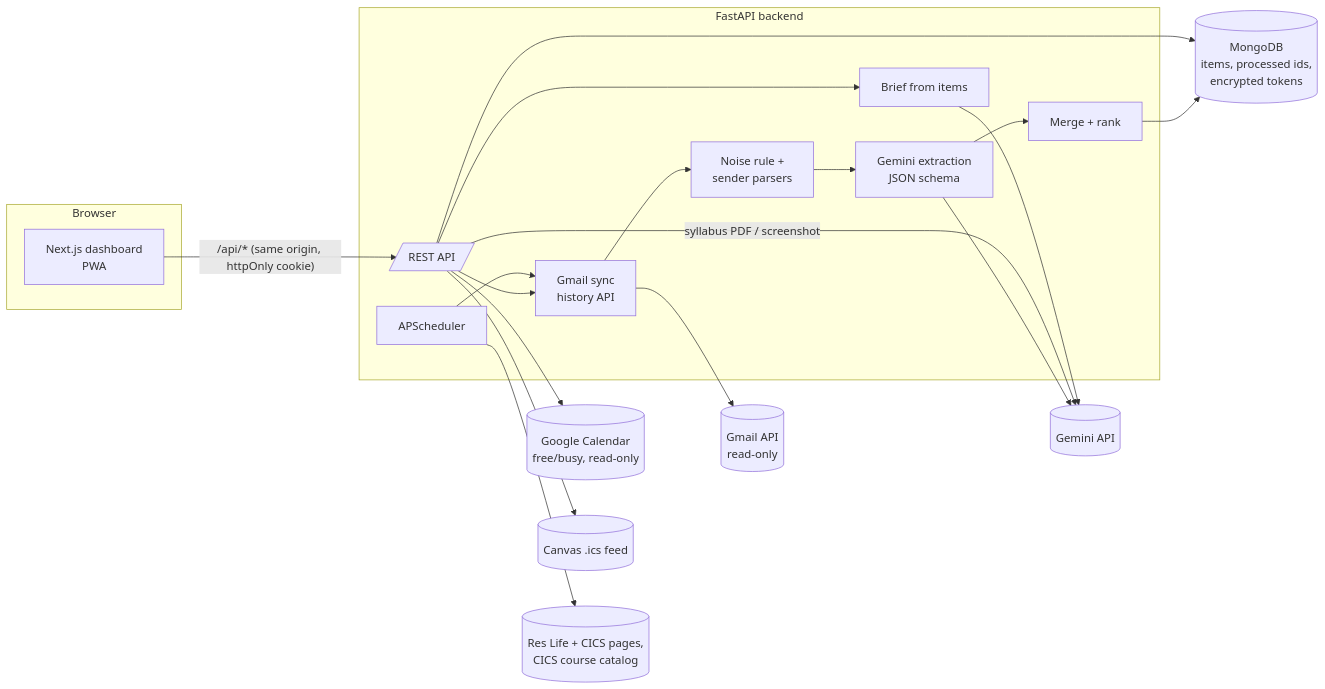
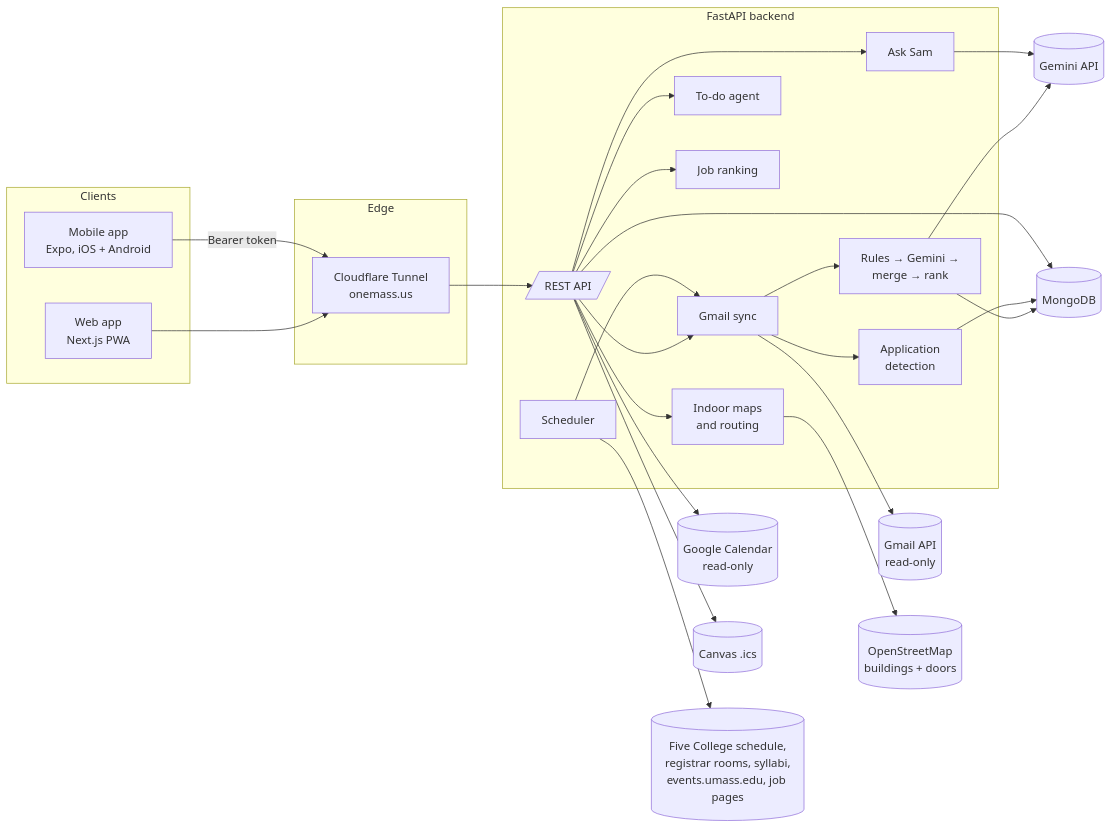
The first of 4 diagrams in README.md (sidjainnn/umassradar), drawn with Mermaid before and after one commit. The commit also changed other lines of this file, not shown here.

Commit message:
readme: tour with screenshots, diagrams, mobile app, room finder, hosting

````diff
--- a/README.md
+++ b/README.md
@@ -35,34 +142,42 @@
 ```mermaid
 flowchart LR
-    subgraph Browser
-        UI[Next.js dashboard<br/>PWA]
+    subgraph Clients
+        Web[Web app<br/>Next.js PWA]
+        Mobile[Mobile app<br/>Expo, iOS + Android]
+    end
+    subgraph Edge
+        CF[Cloudflare Tunnel<br/>onemass.us]
     end
     subgraph Backend[FastAPI backend]
         API[/REST API/]
-        Sync[Gmail sync<br/>history API]
-        Rules[Noise rule +<br/>sender parsers]
-        LLM[Gemini extraction<br/>JSON schema]
-        Merge[Merge + rank]
-        Brief[Brief from items]
-        Sched[APScheduler]
+        Sync[Gmail sync]
+        Pipe[Rules → Gemini →<br/>merge → rank]
+        Apps[Application<br/>detection]
+        Agent[To-do agent]
+        Jobs[Job ranking]
+        Indoor[Indoor maps<br/>and routing]
+        Ask[Ask Sam]
+        Sched[Scheduler]
     end
     Gmail[(Gmail API<br/>read-only)]
-    GCal[(Google Calendar<br/>free/busy, read-only)]
-    Canvas[(Canvas .ics feed)]
-    Pages[(Res Life + CICS pages,<br/>CICS course catalog)]
+    GCal[(Google Calendar<br/>read-only)]
+    Canvas[(Canvas .ics)]
     Gemini[(Gemini API)]
-    DB[(MongoDB<br/>items, processed ids,<br/>encrypted tokens)]
+    Public[(Five College schedule,<br/>registrar rooms, syllabi,<br/>events.umass.edu, job pages)]
+    OSM[(OpenStreetMap<br/>buildings + doors)]
+    DB[(MongoDB)]
 
-    UI -- "/api/* (same origin, httpOnly cookie)" --> API
-    API --> Sync
+    Web --> CF --> API
+    Mobile -- "Bearer token" --> CF
+    API --> Sync --> Gmail
     Sched --> Sync
-    Sync --> Gmail
-    Sync --> Rules --> LLM --> Merge --> DB
-    LLM --> Gemini
-    API --> Canvas
-    API --> GCal
-    Sched --> Pages
-    API -- "syllabus PDF / screenshot" --> Gemini
-    API --> Brief --> Gemini
+    Sync --> Pipe --> DB
+    Sync --> Apps --> DB
+    Pipe --> Gemini
+    API --> Agent & Jobs & Indoor & Ask
+    Ask --> Gemini
+    API --> GCal & Canvas
+    Sched --> Public
+    Indoor --> OSM
     API --> DB
 ```
````
